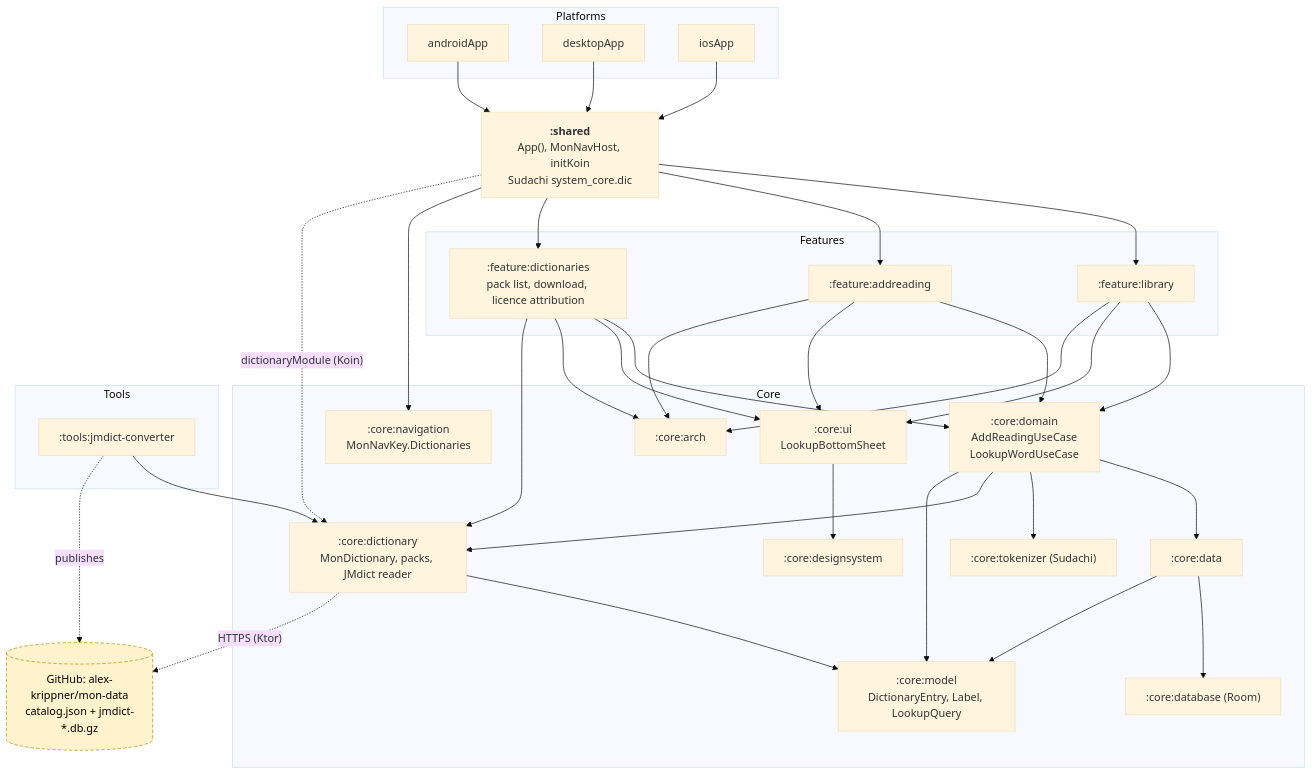
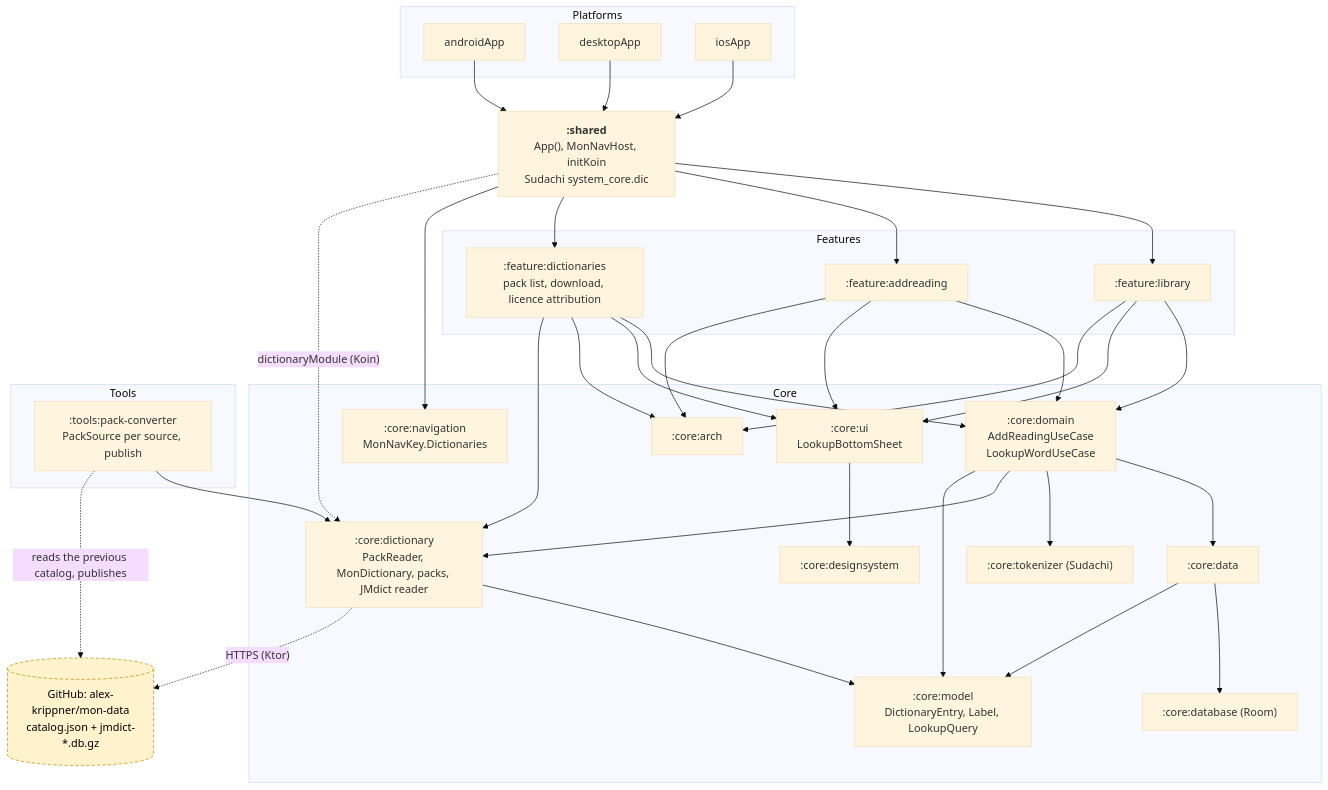
One commit to alex-krippner/mon changed the first of 2 diagrams in docs/dictionary-architecture.md. Above: the diagram before and after it, drawn with Mermaid (base theme). The commit also changed other lines of this file and 69 other files, not shown here.

First line of the commit message:
Add the Dictionaries screen and generalize packs and the converter

````diff
--- a/docs/dictionary-architecture.md
+++ b/docs/dictionary-architecture.md
@@ -20,54 +26,54 @@
 ```mermaid
 flowchart TB
   classDef planned fill:#fff3cd,stroke:#b58900,stroke-dasharray: 5 3,color:#000
 
   subgraph Platforms
     androidApp
     desktopApp
     iosApp
   end
 
   shared["<b>:shared</b><br/>App(), MonNavHost, initKoin<br/>Sudachi system_core.dic"]
 
   subgraph Features
     library[":feature:library"]
     addreading[":feature:addreading"]
     dictionaries[":feature:dictionaries<br/>pack list, download, licence attribution"]
   end
 
   subgraph Core
     nav[":core:navigation<br/>MonNavKey.Dictionaries"]
     arch[":core:arch"]
     ui[":core:ui<br/>LookupBottomSheet"]
     ds[":core:designsystem"]
     domain[":core:domain<br/>AddReadingUseCase<br/>LookupWordUseCase"]
     data[":core:data"]
     db[":core:database (Room)"]
     tok[":core:tokenizer (Sudachi)"]
-    dict[":core:dictionary<br/>MonDictionary, packs, JMdict reader"]
+    dict[":core:dictionary<br/>PackReader, MonDictionary, packs, JMdict reader"]
     model[":core:model<br/>DictionaryEntry, Label, LookupQuery"]
   end
 
   subgraph Tools
-    conv[":tools:jmdict-converter"]
+    conv[":tools:pack-converter<br/>PackSource per source, publish"]
   end
 
   mondata[("GitHub: alex-krippner/mon-data<br/>catalog.json + jmdict-*.db.gz")]:::planned
 
   androidApp --> shared
   desktopApp --> shared
   iosApp --> shared
   shared --> library & addreading & dictionaries & nav
   library & addreading & dictionaries --> domain
   library & addreading & dictionaries --> ui
   library & addreading & dictionaries --> arch
   dictionaries --> dict
   ui --> ds
   domain --> data & tok & dict & model
   data --> db & model
   dict --> model
   conv --> dict
-  conv -. "publishes" .-> mondata
+  conv -. "reads the previous catalog, publishes" .-> mondata
   dict -. "HTTPS (Ktor)" .-> mondata
   shared -. "dictionaryModule (Koin)" .-> dict
 ```
````
